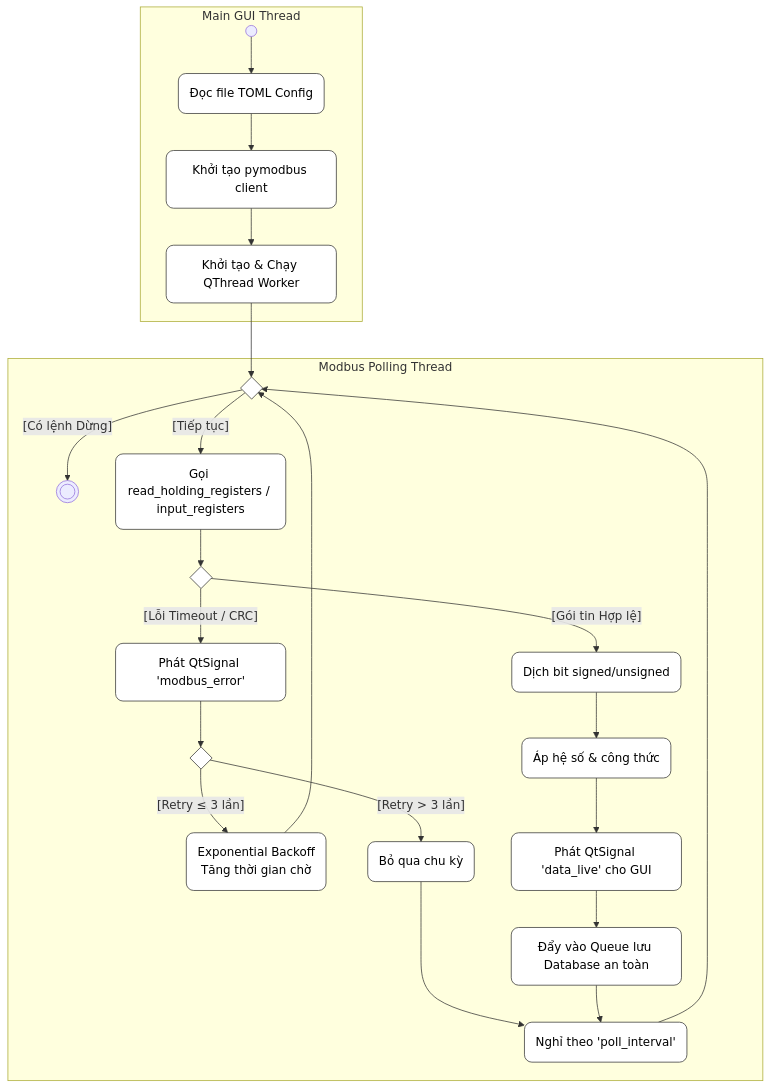
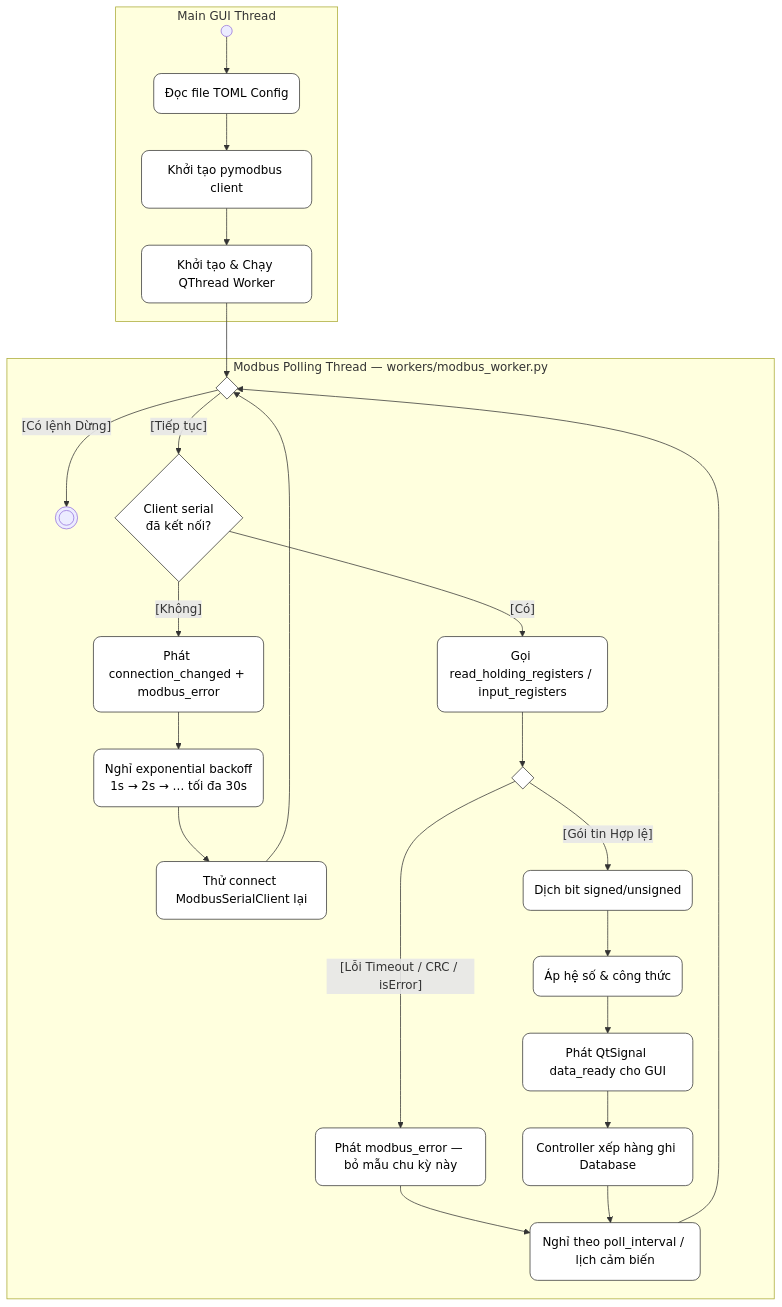
Before and after one commit to quytttb/data-logger: the tenth of 11 diagrams in plan/report/2_phan_tich_he_thong.md, drawn with Mermaid. The commit also changed other lines of this file and 50 other files, not shown here.

````diff
--- a/plan/report/2_phan_tich_he_thong.md
+++ b/plan/report/2_phan_tich_he_thong.md
@@ -221,41 +221,40 @@
 ```mermaid
 flowchart TD
     %% Định dạng CSS cho Ký hiệu chuẩn Activity Diagram Không Màu (Hỗ trợ Dark Mode)
     classDef action fill:#fff,stroke:#333,stroke-width:1px,color:#000,rx:10px,ry:10px;
     classDef decision fill:#fff,stroke:#333,stroke-width:1px,color:#000;
     
     subgraph MainThread [Main GUI Thread]
         Start(( )) --> LoadConfig(Đọc file TOML Config):::action
         LoadConfig --> InitModbus(Khởi tạo pymodbus client):::action
         InitModbus --> SetupWorker(Khởi tạo & Chạy QThread Worker):::action
     end
     
-    subgraph WorkerThread [Modbus Polling Thread]
+    subgraph WorkerThread [Modbus Polling Thread — workers/modbus_worker.py]
         SetupWorker --> CheckStop{" "}:::decision
         
         CheckStop -- "[Có lệnh Dừng]" --> EndNode(((" ")))
-        CheckStop -- "[Tiếp tục]" --> ReadReg("Gọi read_holding_registers / input_registers"):::action
+        CheckStop -- "[Tiếp tục]" --> ConnCheck{"Client serial<br>đã kết nối?"}:::decision
+        
+        ConnCheck -- "[Không]" --> EmitConn(Phát connection_changed + modbus_error):::action
+        EmitConn --> BackoffConn("Nghỉ exponential backoff<br>1s → 2s → … tối đa 30s"):::action
+        BackoffConn --> TryReconnect("Thử connect ModbusSerialClient lại"):::action
+        TryReconnect --> CheckStop
+        
+        ConnCheck -- "[Có]" --> ReadReg("Gọi read_holding_registers / input_registers"):::action
         
         ReadReg --> CheckPkt{" "}:::decision
         
-        %% Nhánh Lỗi
-        CheckPkt -- "[Lỗi Timeout / CRC]" --> EmitErr(Phát QtSignal 'modbus_error'):::action
-        EmitErr --> CheckRetry{" "}:::decision
+        %% Lỗi từng lần đọc: không lặp ngay trong cùng chu kỳ; chu kỳ sau đọc lại theo poll_interval
+        CheckPkt -- "[Lỗi Timeout / CRC / isError]" --> EmitErr(Phát modbus_error — bỏ mẫu chu kỳ này):::action
+        EmitErr --> Sleep(Nghỉ theo poll_interval / lịch cảm biến):::action
         
-        CheckRetry -- "[Retry ≤ 3 lần]" --> Backoff("Exponential Backoff<br>Tăng thời gian chờ"):::action
-        Backoff --> CheckStop
-        
-        CheckRetry -- "[Retry > 3 lần]" --> SkipCycle(Bỏ qua chu kỳ):::action
-        SkipCycle --> Sleep
-        
-        %% Nhánh Thành công
         CheckPkt -- "[Gói tin Hợp lệ]" --> ConvertSigned(Dịch bit signed/unsigned):::action
         ConvertSigned --> ApplyFormula(Áp hệ số & công thức):::action
-        ApplyFormula --> EmitLive(Phát QtSignal 'data_live' cho GUI):::action
-        EmitLive --> QueueDB(Đẩy vào Queue lưu Database an toàn):::action
-        QueueDB --> Sleep(Nghỉ theo 'poll_interval'):::action
+        ApplyFormula --> EmitLive(Phát QtSignal data_ready cho GUI):::action
+        EmitLive --> QueueDB(Controller xếp hàng ghi Database):::action
+        QueueDB --> Sleep
         
-        %% Vòng lặp khép kín
         Sleep --> CheckStop
     end
 ```
````
